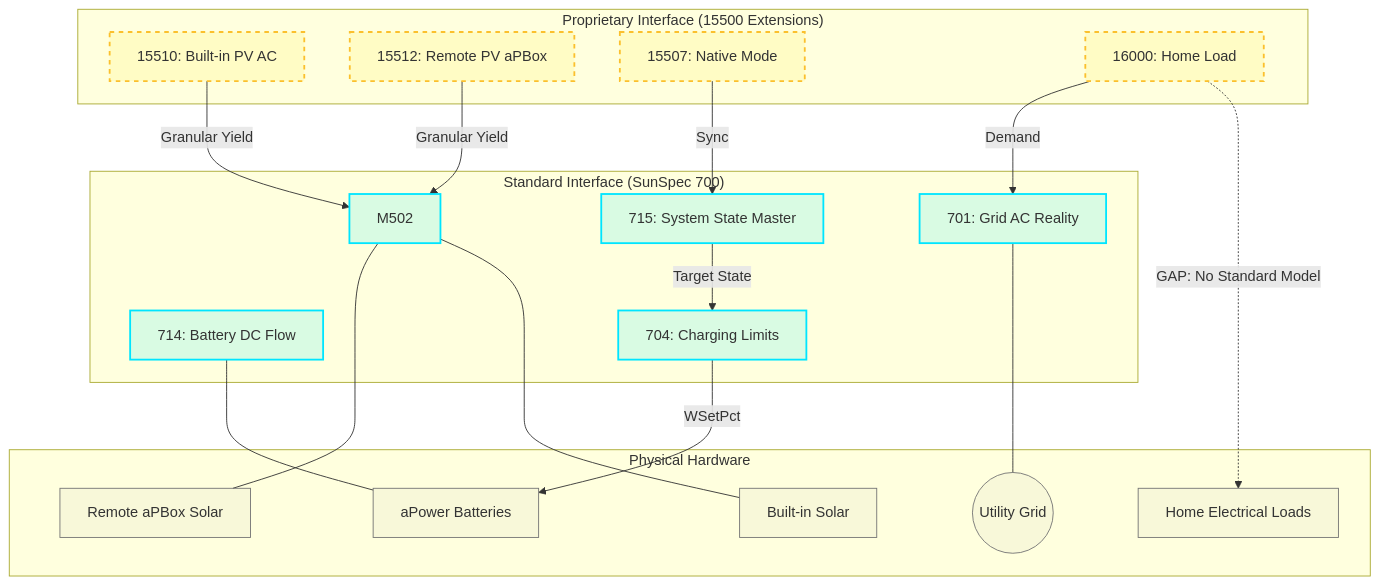
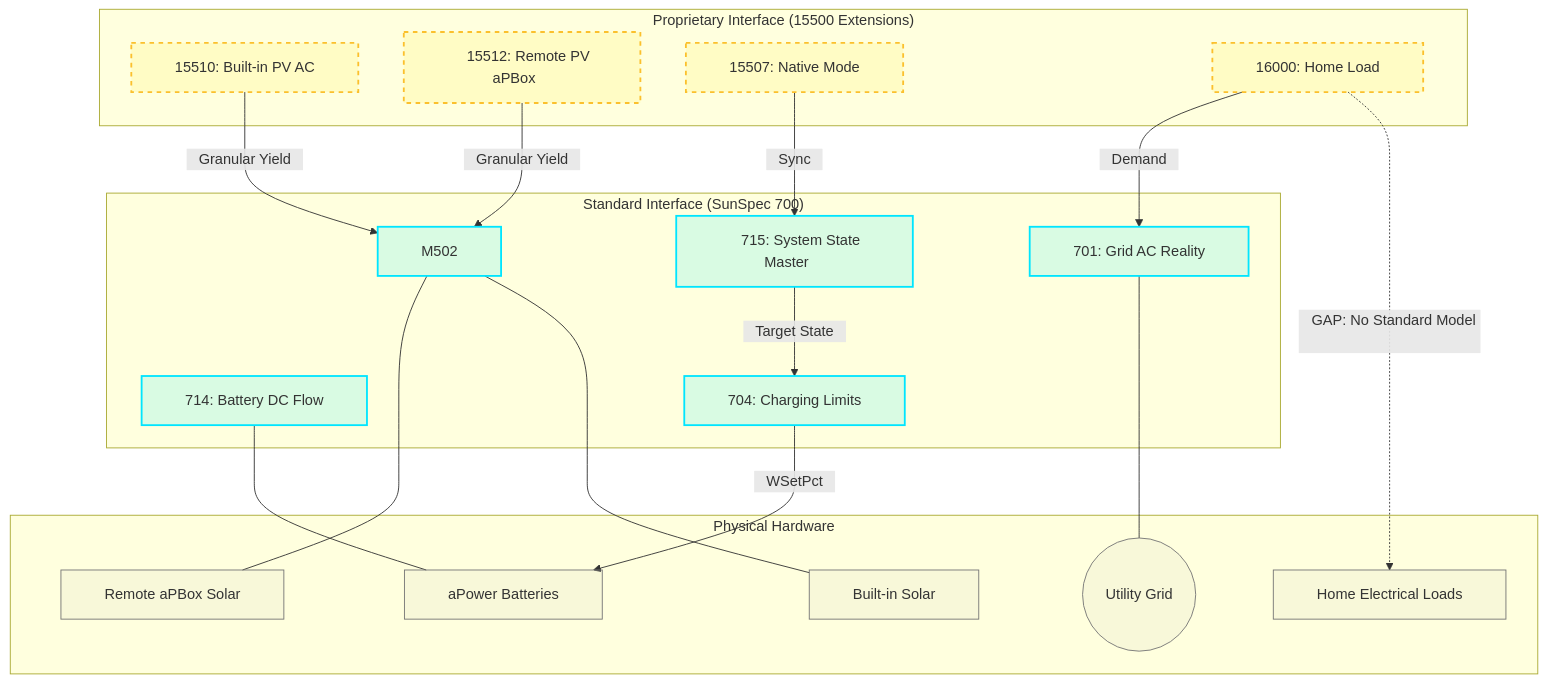
The diagram in docs/SUNSPEC_700_INTEROP_GUIDE.md (balloobbot/franklinwh-modbus), drawn with Mermaid before and after one commit.

Commit message:
docs: use non-collapsible non-breaking spaces for Mermaid diagram padding
- Swapped normal space padding with HTML non-breaking space entities (&nbsp;).
- This instructs the rendering browser/SVG context to maintain mathematically wider node and subgraph bounding boxes, eliminating text clipping or truncation regardless of user-system fonts.

Tests: 68 passed

````diff
--- a/docs/SUNSPEC_700_INTEROP_GUIDE.md
+++ b/docs/SUNSPEC_700_INTEROP_GUIDE.md
@@ -21,48 +21,48 @@
 ```mermaid
 graph TD
-    subgraph Standard_Interface_SunSpec_700 [" Standard Interface (SunSpec 700) "]
-        M701[" 701: Grid AC Reality "]
-        M714[" 714: Battery DC Flow "]
-        M704[" 704: Charging Limits "]
-        M715[" 715: System State Master "]
-        M502[" M502 "]
+    subgraph Standard_Interface_SunSpec_700 ["&nbsp;&nbsp;&nbsp; Standard Interface (SunSpec 700) &nbsp;&nbsp;&nbsp;"]
+        M701["&nbsp;&nbsp;&nbsp; 701: Grid AC Reality &nbsp;&nbsp;&nbsp;"]
+        M714["&nbsp;&nbsp;&nbsp; 714: Battery DC Flow &nbsp;&nbsp;&nbsp;"]
+        M704["&nbsp;&nbsp;&nbsp; 704: Charging Limits &nbsp;&nbsp;&nbsp;"]
+        M715["&nbsp;&nbsp;&nbsp; 715: System State Master &nbsp;&nbsp;&nbsp;"]
+        M502["&nbsp;&nbsp;&nbsp; M502 &nbsp;&nbsp;&nbsp;"]
     end
 
-    subgraph Proprietary_Interface_15500_Extensions [" Proprietary Interface (15500 Extensions) "]
-        EXT_PV_AC[" 15510: Built-in PV AC "]
-        EXT_PV_REM[" 15512: Remote PV aPBox "]
-        EXT_MODE[" 15507: Native Mode "]
-        EXT_LOAD[" 16000: Home Load "]
+    subgraph Proprietary_Interface_15500_Extensions ["&nbsp;&nbsp;&nbsp; Proprietary Interface (15500 Extensions) &nbsp;&nbsp;&nbsp;"]
+        EXT_PV_AC["&nbsp;&nbsp;&nbsp; 15510: Built-in PV AC &nbsp;&nbsp;&nbsp;"]
+        EXT_PV_REM["&nbsp;&nbsp;&nbsp; 15512: Remote PV aPBox &nbsp;&nbsp;&nbsp;"]
+        EXT_MODE["&nbsp;&nbsp;&nbsp; 15507: Native Mode &nbsp;&nbsp;&nbsp;"]
+        EXT_LOAD["&nbsp;&nbsp;&nbsp; 16000: Home Load &nbsp;&nbsp;&nbsp;"]
     end
 
-    subgraph Physical_Hardware [" Physical Hardware "]
-        GRID((" Utility Grid "))
-        PV_INT[" Built-in Solar "]
-        PV_EXT[" Remote aPBox Solar "]
-        BAT[" aPower Batteries "]
-        LOADS[" Home Electrical Loads "]
+    subgraph Physical_Hardware ["&nbsp;&nbsp;&nbsp; Physical Hardware &nbsp;&nbsp;&nbsp;"]
+        GRID(("&nbsp;&nbsp;&nbsp; Utility Grid &nbsp;&nbsp;&nbsp;"))
+        PV_INT["&nbsp;&nbsp;&nbsp; Built-in Solar &nbsp;&nbsp;&nbsp;"]
+        PV_EXT["&nbsp;&nbsp;&nbsp; Remote aPBox Solar &nbsp;&nbsp;&nbsp;"]
+        BAT["&nbsp;&nbsp;&nbsp; aPower Batteries &nbsp;&nbsp;&nbsp;"]
+        LOADS["&nbsp;&nbsp;&nbsp; Home Electrical Loads &nbsp;&nbsp;&nbsp;"]
     end
 
     %% Standard Logic
-    M715 -->|" Target State "| M704
-    M704 -->|" WSetPct "| BAT
+    M715 -->|"&nbsp;&nbsp; Target State &nbsp;&nbsp;"| M704
+    M704 -->|"&nbsp;&nbsp; WSetPct &nbsp;&nbsp;"| BAT
     M714 --- BAT
     M701 --- GRID
     M502 --- PV_INT
     M502 --- PV_EXT
 
     %% Extension Logic (Filling the Gaps)
-    EXT_PV_AC -->|" Granular Yield "| M502
-    EXT_PV_REM -->|" Granular Yield "| M502
-    EXT_LOAD -.->|" GAP: No Standard Model "| LOADS
-    EXT_MODE -->|" Sync "| M715
-    EXT_LOAD -->|" Demand "| M701
+    EXT_PV_AC -->|"&nbsp;&nbsp; Granular Yield &nbsp;&nbsp;"| M502
+    EXT_PV_REM -->|"&nbsp;&nbsp; Granular Yield &nbsp;&nbsp;"| M502
+    EXT_LOAD -.->|"&nbsp;&nbsp; GAP: No Standard Model &nbsp;&nbsp;"| LOADS
+    EXT_MODE -->|"&nbsp;&nbsp; Sync &nbsp;&nbsp;"| M715
+    EXT_LOAD -->|"&nbsp;&nbsp; Demand &nbsp;&nbsp;"| M701
 
     classDef standard fill:#00e5ff26,stroke:#00e5ff,stroke-width:2px;
     classDef extension fill:#ffeb3b26,stroke:#fbc02d,stroke-dasharray:5 5,stroke-width:2px;
     classDef physical fill:#7878780d,stroke:#757575,stroke-width:1px;
 
     class M701,M714,M704,M715,M502 standard;
     class EXT_PV_AC,EXT_PV_REM,EXT_MODE,EXT_LOAD extension;
     class GRID,PV_INT,PV_EXT,BAT,LOADS physical;
 ```
````
